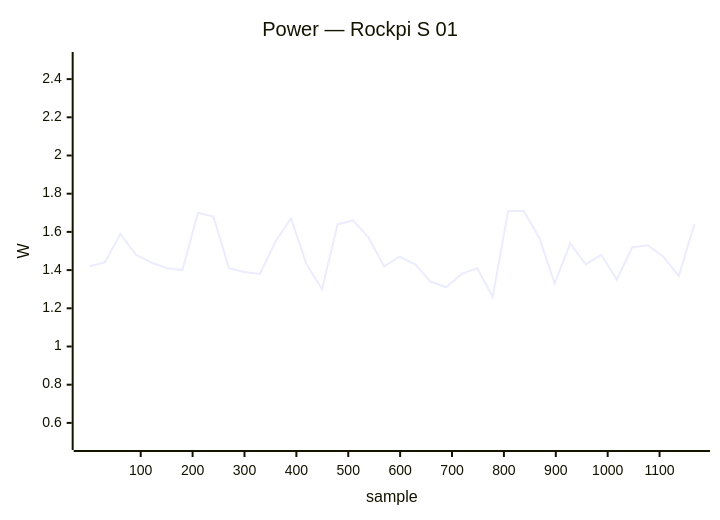
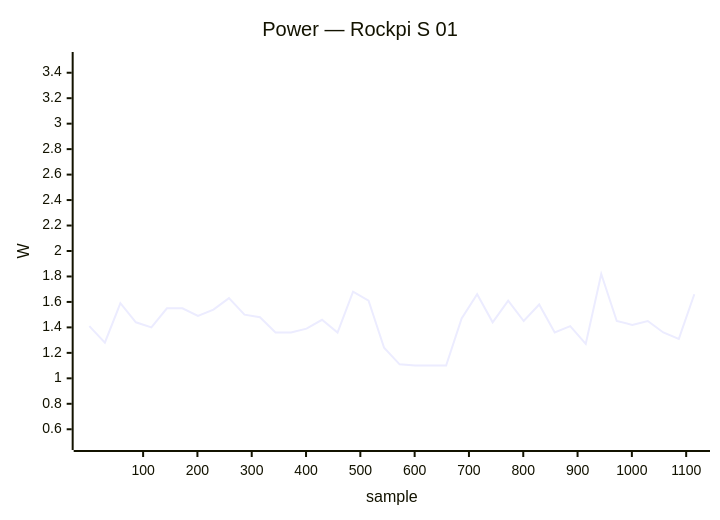
Diagram 13 of 34 in docs/status/board-tests.md (armbian/documentation), drawn with Mermaid before and after one commit. The commit also changed other lines of this file, not shown here.

````diff
--- a/docs/status/board-tests.md
+++ b/docs/status/board-tests.md
@@ -711,7 +689,7 @@
 ```mermaid
 xychart-beta
     title "Power — Rockpi S 01"
-    x-axis "sample" 1 --> 1167
-    y-axis "W" 0.5 --> 2.5
-    line [1.42, 1.44, 1.59, 1.48, 1.44, 1.41, 1.40, 1.70, 1.68, 1.41, 1.39, 1.38, 1.55, 1.67, 1.43, 1.30, 1.64, 1.66, 1.57, 1.42, 1.47, 1.43, 1.34, 1.31, 1.38, 1.41, 1.26, 1.71, 1.71, 1.57, 1.33, 1.54, 1.43, 1.48, 1.35, 1.52, 1.53, 1.47, 1.37, 1.64]
+    x-axis "sample" 1 --> 1115
+    y-axis "W" 0.5 --> 3.5
+    line [1.41, 1.28, 1.59, 1.44, 1.40, 1.55, 1.55, 1.49, 1.54, 1.63, 1.50, 1.48, 1.36, 1.36, 1.39, 1.46, 1.36, 1.68, 1.61, 1.24, 1.11, 1.10, 1.10, 1.10, 1.47, 1.66, 1.44, 1.61, 1.45, 1.58, 1.36, 1.41, 1.27, 1.82, 1.45, 1.42, 1.45, 1.36, 1.31, 1.66]
 ```
````
